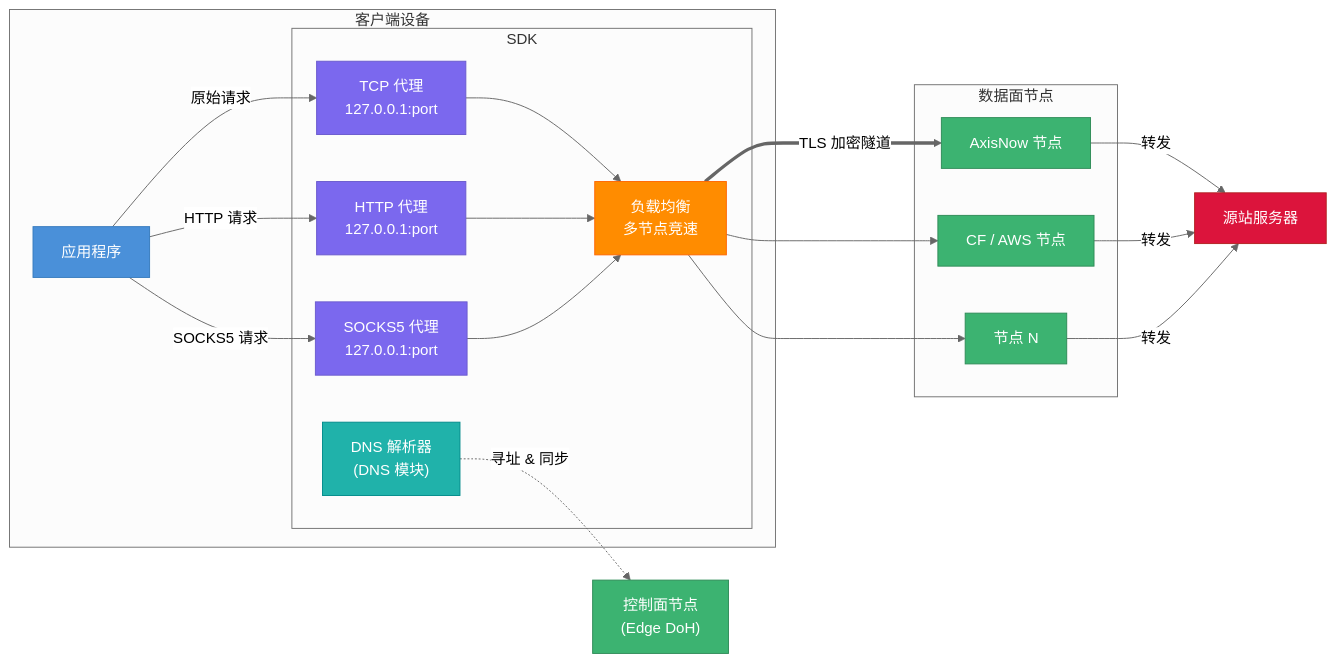
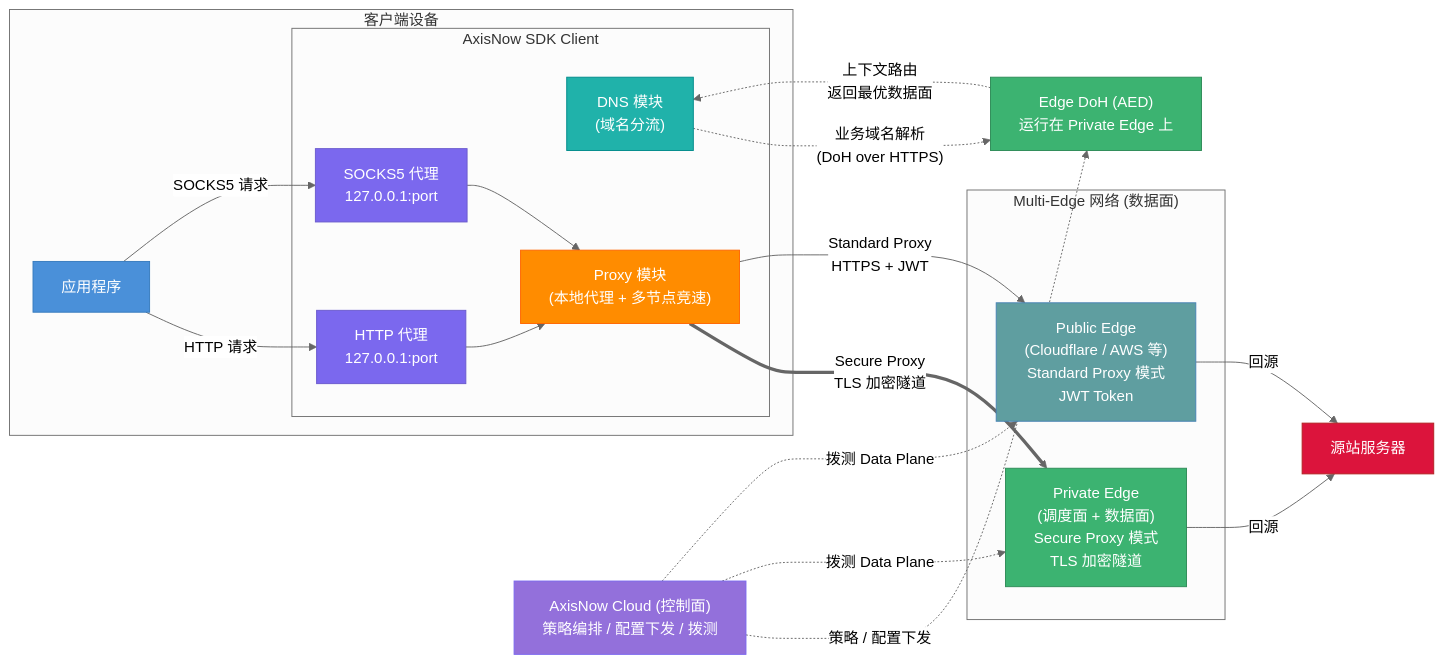
The diagram in docs/assets/diagrams/system-architecture.mmd (axisnow/agentsdk-docs), drawn with Mermaid (neutral theme) before and after one commit. The commit also changed 39 other files, not shown here.

```diff
--- a/docs/assets/diagrams/system-architecture.mmd
+++ b/docs/assets/diagrams/system-architecture.mmd
@@ -1,51 +1,51 @@
 graph LR
     subgraph 客户端设备
         App["应用程序"]
-        subgraph SDK
-            TCP["TCP 代理<br/>127.0.0.1:port"]
+        subgraph SDK["AxisNow SDK Client"]
             HTTP["HTTP 代理<br/>127.0.0.1:port"]
             SOCKS5["SOCKS5 代理<br/>127.0.0.1:port"]
-            DNS["DNS 解析器<br/>(DNS 模块)"]
-            LB["负载均衡<br/>多节点竞速"]
+            DNSMod["DNS 模块<br/>(域名分流)"]
+            ProxyMod["Proxy 模块<br/>(本地代理 + 多节点竞速)"]
         end
     end
 
-    CtrlNode["控制面节点<br/>(Edge DoH)"]
+    AED["Edge DoH (AED)<br/>运行在 Private Edge 上"]
 
-    subgraph 数据面节点
-        D1["AxisNow 节点"]
-        D2["CF / AWS 节点"]
-        D3["节点 N"]
+    subgraph MultiEdge["Multi-Edge 网络 (数据面)"]
+        PrivEdge["Private Edge<br/>(调度面 + 数据面)<br/>Secure Proxy 模式<br/>TLS 加密隧道"]
+        PubEdge["Public Edge<br/>(Cloudflare / AWS 等)<br/>Standard Proxy 模式<br/>JWT Token"]
     end
+
+    Cloud["AxisNow Cloud (控制面)<br/>策略编排 / 配置下发 / 拨测"]
 
     Origin["源站服务器"]
 
-    App -->|"原始请求"| TCP
     App -->|"HTTP 请求"| HTTP
     App -->|"SOCKS5 请求"| SOCKS5
 
-    TCP --> LB
-    HTTP --> LB
-    SOCKS5 --> LB
+    HTTP --> ProxyMod
+    SOCKS5 --> ProxyMod
 
-    LB ==>|"TLS 加密隧道"| D1
-    LB -->D2
-    LB -->D3
+    ProxyMod ==>|"Secure Proxy<br/>TLS 加密隧道"| PrivEdge
+    ProxyMod -->|"Standard Proxy<br/>HTTPS + JWT"| PubEdge
 
-    D1 -->|"转发"| Origin
-    D2 -->|"转发"| Origin
-    D3 -->|"转发"| Origin
+    PrivEdge -->|"回源"| Origin
+    PubEdge -->|"回源"| Origin
 
-    DNS -.->|"寻址 & 同步"| CtrlNode
+    DNSMod -.->|"业务域名解析<br/>(DoH over HTTPS)"| AED
+    AED -.->|"上下文路由<br/>返回最优数据面"| DNSMod
+
+    Cloud -.->|"策略 / 配置下发"| AED
+    Cloud -.->|"拨测 Data Plane"| PrivEdge
+    Cloud -.->|"拨测 Data Plane"| PubEdge
 
     style App fill:#4A90D9,stroke:#357ABD,color:#fff
-    style TCP fill:#7B68EE,stroke:#6A5ACD,color:#fff
     style HTTP fill:#7B68EE,stroke:#6A5ACD,color:#fff
     style SOCKS5 fill:#7B68EE,stroke:#6A5ACD,color:#fff
-    style DNS fill:#20B2AA,stroke:#008B8B,color:#fff
-    style LB fill:#FF8C00,stroke:#FF6600,color:#fff
-    style CtrlNode fill:#3CB371,stroke:#2E8B57,color:#fff
-    style D1 fill:#3CB371,stroke:#2E8B57,color:#fff
-    style D2 fill:#3CB371,stroke:#2E8B57,color:#fff
-    style D3 fill:#3CB371,stroke:#2E8B57,color:#fff
+    style DNSMod fill:#20B2AA,stroke:#008B8B,color:#fff
+    style ProxyMod fill:#FF8C00,stroke:#FF6600,color:#fff
+    style AED fill:#3CB371,stroke:#2E8B57,color:#fff
+    style PrivEdge fill:#3CB371,stroke:#2E8B57,color:#fff
+    style PubEdge fill:#5F9EA0,stroke:#4682B4,color:#fff
+    style Cloud fill:#9370DB,stroke:#7B68EE,color:#fff
     style Origin fill:#DC143C,stroke:#B22222,color:#fff
```
